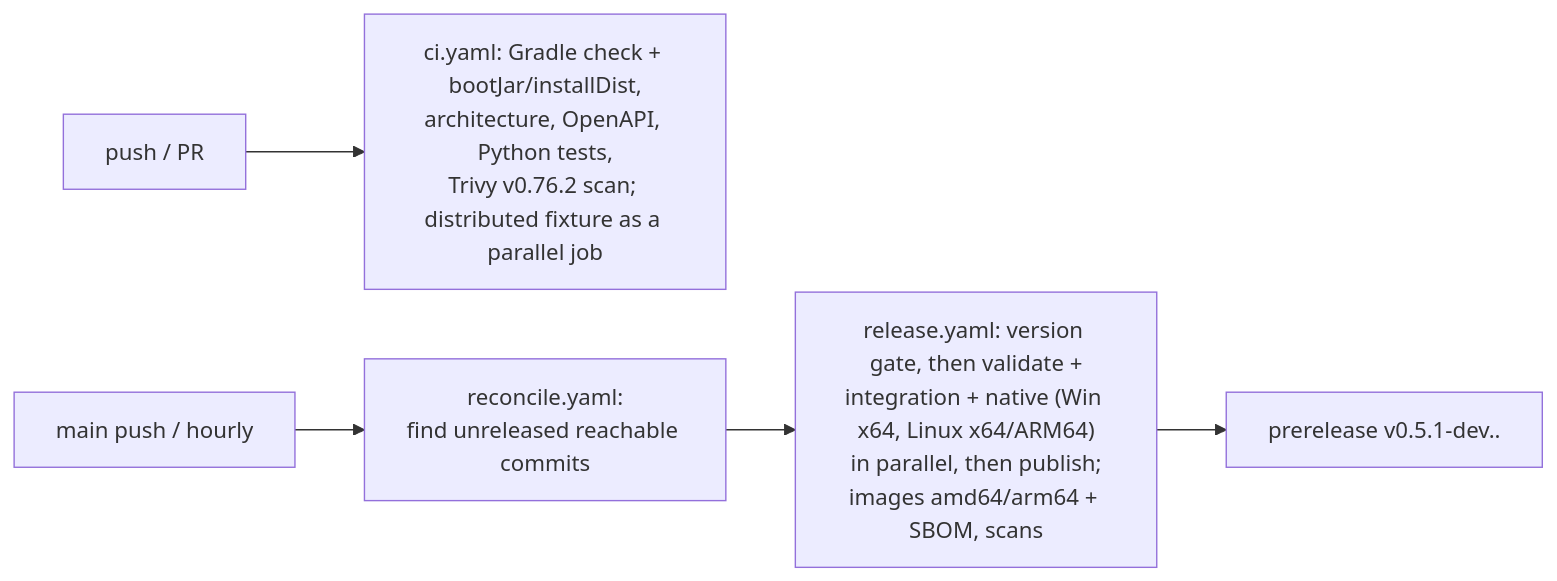
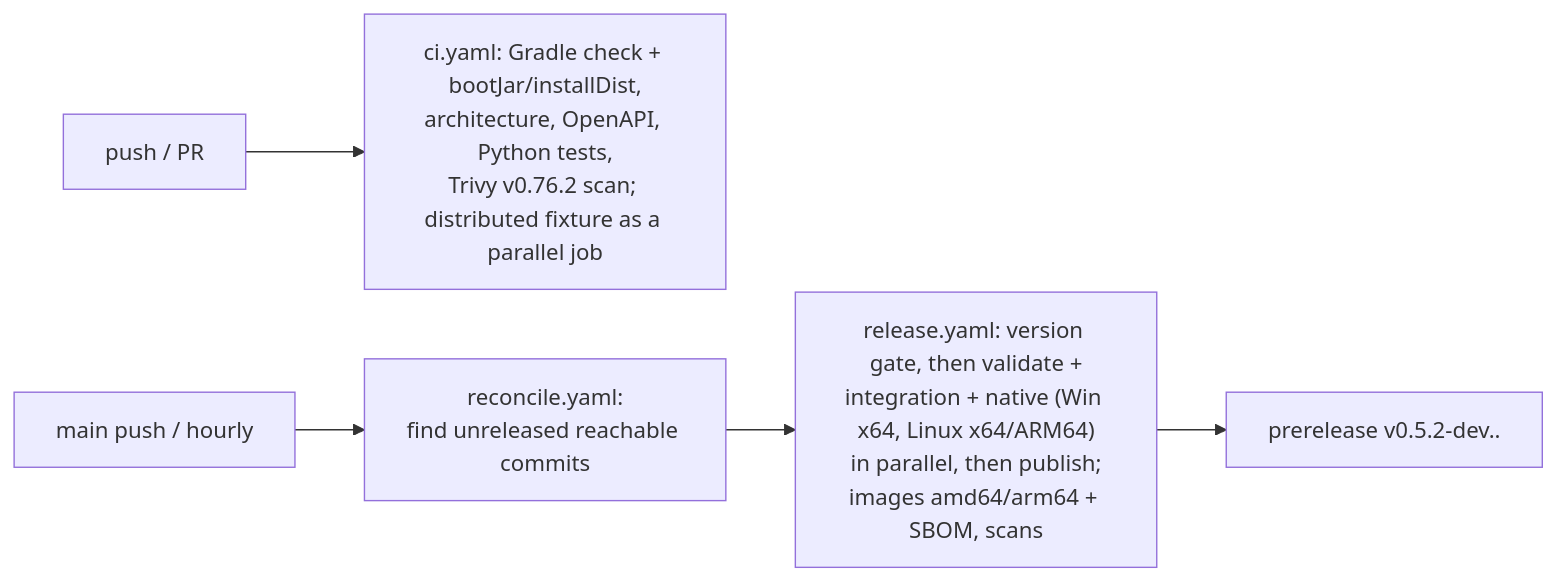
Diagram 12 of 12 in docs/GUIDE.md (athegreat90/minecraft-modsync), drawn with Mermaid before and after one commit. The commit also changed 25 other files, not shown here.

````diff
--- a/docs/GUIDE.md
+++ b/docs/GUIDE.md
@@ -384,7 +384,7 @@
 ```mermaid
 flowchart LR
   PR[push / PR] --> CI["ci.yaml: Gradle check + bootJar/installDist,\narchitecture, OpenAPI, Python tests,\nTrivy v0.76.2 scan; distributed fixture as a parallel job"]
   main[main push / hourly] --> REC["reconcile.yaml:\nfind unreleased reachable commits"]
   REC --> REL["release.yaml: version gate, then validate +\nintegration + native (Win x64, Linux x64/ARM64)\nin parallel, then publish;\nimages amd64/arm64 + SBOM, scans"]
-  REL --> PRE["prerelease v0.5.1-dev.<time>.<sha>"]
+  REL --> PRE["prerelease v0.5.2-dev.<time>.<sha>"]
 ```
````
